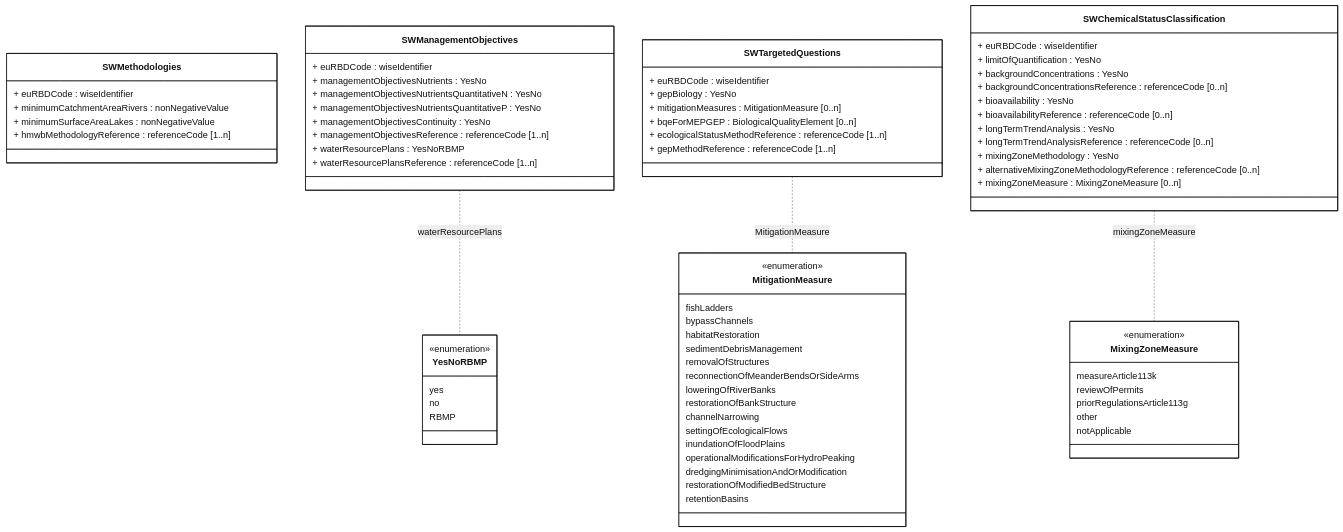
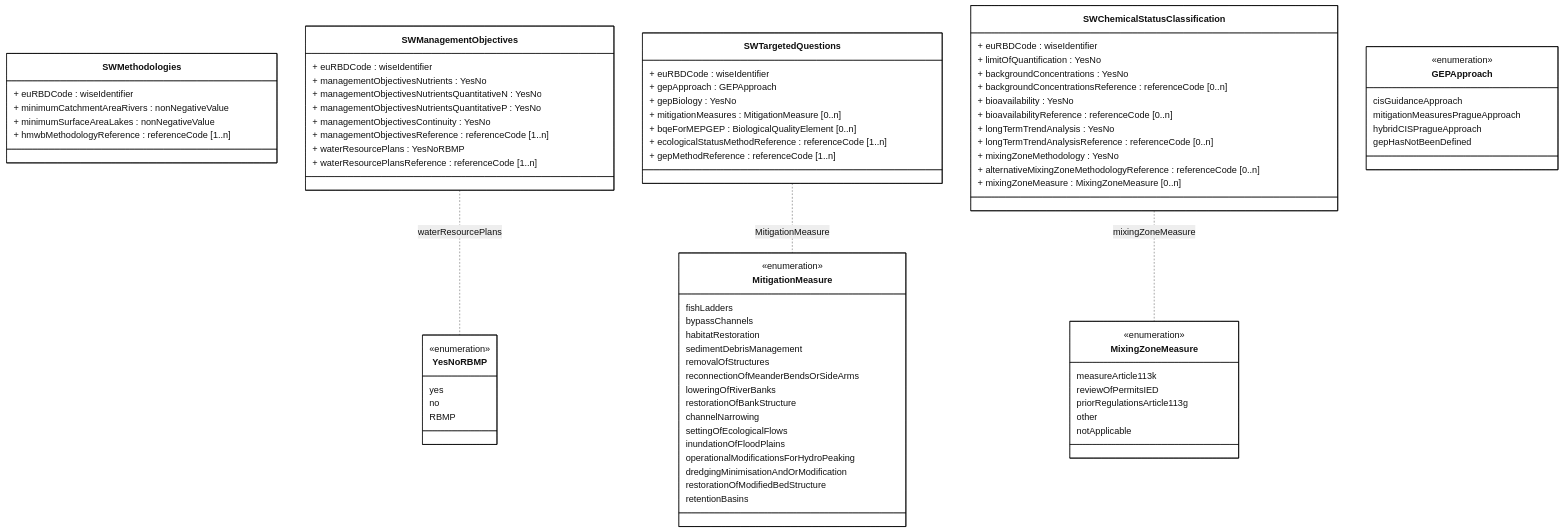
One commit to eeadata/WISE.WFD.Documentation changed the diagram in docs/DataModelReview/mmd/SurfaceWaterMethodologies_4thCycle_SWMethodologies_SWManagementObjectives_SWTargetedQuestions_SWChemicalStatusClassification_ClassDiagram.mmd. Above: the diagram before and after it, drawn with Mermaid. The commit also changed 2 other files, not shown here.

```diff
--- a/docs/DataModelReview/mmd/SurfaceWaterMethodologies_4thCycle_SWMethodologies_SWManagementObjectives_SWTargetedQuestions_SWChemicalStatusClassification_ClassDiagram.mmd
+++ b/docs/DataModelReview/mmd/SurfaceWaterMethodologies_4thCycle_SWMethodologies_SWManagementObjectives_SWTargetedQuestions_SWChemicalStatusClassification_ClassDiagram.mmd
@@ -1,91 +1,100 @@
 ---
 config:
   class:
     hideEmptyMembersBox: true
   layout: dagre
   theme: neutral
 ---
 classDiagram
 direction TB
 
 class SWMethodologies {
   + euRBDCode : wiseIdentifier
   + minimumCatchmentAreaRivers : nonNegativeValue
   + minimumSurfaceAreaLakes : nonNegativeValue
   + hmwbMethodologyReference : referenceCode [1..n]
 }
 
 class SWManagementObjectives {
   + euRBDCode : wiseIdentifier
   + managementObjectivesNutrients : YesNo
   + managementObjectivesNutrientsQuantitativeN : YesNo
   + managementObjectivesNutrientsQuantitativeP : YesNo
   + managementObjectivesContinuity : YesNo
   + managementObjectivesReference : referenceCode [1..n]
   + waterResourcePlans : YesNoRBMP
   + waterResourcePlansReference : referenceCode [1..n]
 }
 
 class SWTargetedQuestions{
   + euRBDCode : wiseIdentifier
+  + gepApproach : GEPApproach
   + gepBiology : YesNo
   + mitigationMeasures : MitigationMeasure [0..n]
   + bqeForMEPGEP : BiologicalQualityElement [0..n]
   + ecologicalStatusMethodReference : referenceCode [1..n]
   + gepMethodReference : referenceCode [1..n]
 }
 
 class SWChemicalStatusClassification {
   + euRBDCode : wiseIdentifier
   + limitOfQuantification : YesNo
   + backgroundConcentrations : YesNo
   + backgroundConcentrationsReference : referenceCode [0..n]
   + bioavailability : YesNo
   + bioavailabilityReference : referenceCode [0..n]
   + longTermTrendAnalysis : YesNo
   + longTermTrendAnalysisReference : referenceCode [0..n]
   + mixingZoneMethodology : YesNo
   + alternativeMixingZoneMethodologyReference : referenceCode [0..n]
   + mixingZoneMeasure : MixingZoneMeasure [0..n]
+}
+
+class GEPApproach {
+<<enumeration>>
+cisGuidanceApproach
+mitigationMeasuresPragueApproach
+hybridCISPragueApproach
+gepHasNotBeenDefined
 }
 
 class MitigationMeasure{
 <<enumeration>>
 fishLadders
 bypassChannels
 habitatRestoration
 sedimentDebrisManagement
 removalOfStructures
 reconnectionOfMeanderBendsOrSideArms
 loweringOfRiverBanks
 restorationOfBankStructure
 channelNarrowing
 settingOfEcologicalFlows
 inundationOfFloodPlains
 operationalModificationsForHydroPeaking
 dredgingMinimisationAndOrModification
 restorationOfModifiedBedStructure
 retentionBasins
 }
 
 class MixingZoneMeasure{
 <<enumeration>>
 measureArticle113k
-reviewOfPermits
+reviewOfPermitsIED
 priorRegulationsArticle113g
 other
 notApplicable
 }
 
 class YesNoRBMP{
 <<enumeration>>
 yes
 no
 RBMP}
 
 SWTargetedQuestions .. MitigationMeasure : MitigationMeasure
 SWChemicalStatusClassification .. MixingZoneMeasure : mixingZoneMeasure
 SWManagementObjectives .. YesNoRBMP : waterResourcePlans
 
 classDef default fill:white,stroke:#000;
 classDef forFixing fill:white,stroke:#f00;
```
